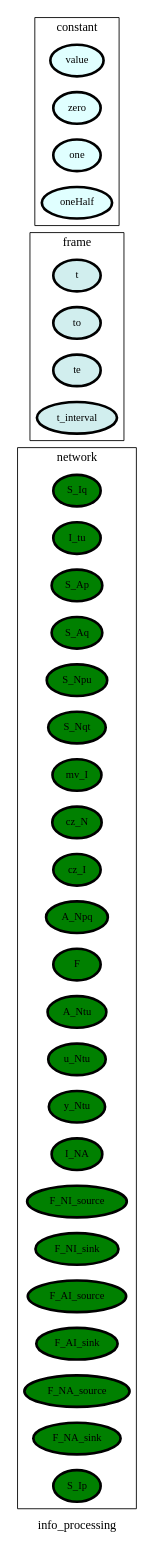
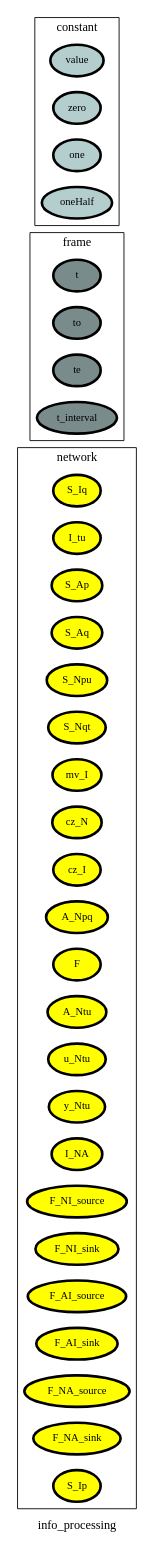
Before and after one commit to heinz-preisig/processes_distributed_no_interface_eqs: the diagram in ontology_graphs/graph__info_processing.dot, drawn with Graphviz. The commit also changed 283 other files, not shown here.

```diff
--- a/ontology_graphs/graph__info_processing.dot
+++ b/ontology_graphs/graph__info_processing.dot
@@ -1,54 +1,54 @@
 digraph info_processing {
 label=info_processing;
 rankdir=LR;
 subgraph cluster_info_processing___network {
 label=network;
 rankdir=LR;
-V_10 [fillcolor=green, fontsize=12, label=S_Iq, penwidth=3, style=filled];
-V_11 [fillcolor=green, fontsize=12, label=I_tu, penwidth=3, style=filled];
-V_12 [fillcolor=green, fontsize=12, label=S_Ap, penwidth=3, style=filled];
-V_13 [fillcolor=green, fontsize=12, label=S_Aq, penwidth=3, style=filled];
-V_14 [fillcolor=green, fontsize=12, label=S_Npu, penwidth=3, style=filled];
-V_15 [fillcolor=green, fontsize=12, label=S_Nqt, penwidth=3, style=filled];
-V_16 [fillcolor=green, fontsize=12, label=mv_I, penwidth=3, style=filled];
-V_17 [fillcolor=green, fontsize=12, label=cz_N, penwidth=3, style=filled];
-V_18 [fillcolor=green, fontsize=12, label=cz_I, penwidth=3, style=filled];
-V_19 [fillcolor=green, fontsize=12, label=A_Npq, penwidth=3, style=filled];
-V_2 [fillcolor=green, fontsize=12, label=F, penwidth=3, style=filled];
-V_20 [fillcolor=green, fontsize=12, label=A_Ntu, penwidth=3, style=filled];
-V_21 [fillcolor=green, fontsize=12, label=u_Ntu, penwidth=3, style=filled];
-V_22 [fillcolor=green, fontsize=12, label=y_Ntu, penwidth=3, style=filled];
-V_27 [fillcolor=green, fontsize=12, label=I_NA, penwidth=3, style=filled];
-V_3 [fillcolor=green, fontsize=12, label=F_NI_source, penwidth=3, style=filled];
-V_4 [fillcolor=green, fontsize=12, label=F_NI_sink, penwidth=3, style=filled];
-V_5 [fillcolor=green, fontsize=12, label=F_AI_source, penwidth=3, style=filled];
-V_6 [fillcolor=green, fontsize=12, label=F_AI_sink, penwidth=3, style=filled];
-V_7 [fillcolor=green, fontsize=12, label=F_NA_source, penwidth=3, style=filled];
-V_8 [fillcolor=green, fontsize=12, label=F_NA_sink, penwidth=3, style=filled];
-V_9 [fillcolor=green, fontsize=12, label=S_Ip, penwidth=3, style=filled];
+V_10 [fillcolor=yellow, fontsize=12, label=S_Iq, penwidth=3, style=filled];
+V_11 [fillcolor=yellow, fontsize=12, label=I_tu, penwidth=3, style=filled];
+V_12 [fillcolor=yellow, fontsize=12, label=S_Ap, penwidth=3, style=filled];
+V_13 [fillcolor=yellow, fontsize=12, label=S_Aq, penwidth=3, style=filled];
+V_14 [fillcolor=yellow, fontsize=12, label=S_Npu, penwidth=3, style=filled];
+V_15 [fillcolor=yellow, fontsize=12, label=S_Nqt, penwidth=3, style=filled];
+V_16 [fillcolor=yellow, fontsize=12, label=mv_I, penwidth=3, style=filled];
+V_17 [fillcolor=yellow, fontsize=12, label=cz_N, penwidth=3, style=filled];
+V_18 [fillcolor=yellow, fontsize=12, label=cz_I, penwidth=3, style=filled];
+V_19 [fillcolor=yellow, fontsize=12, label=A_Npq, penwidth=3, style=filled];
+V_2 [fillcolor=yellow, fontsize=12, label=F, penwidth=3, style=filled];
+V_20 [fillcolor=yellow, fontsize=12, label=A_Ntu, penwidth=3, style=filled];
+V_21 [fillcolor=yellow, fontsize=12, label=u_Ntu, penwidth=3, style=filled];
+V_22 [fillcolor=yellow, fontsize=12, label=y_Ntu, penwidth=3, style=filled];
+V_27 [fillcolor=yellow, fontsize=12, label=I_NA, penwidth=3, style=filled];
+V_3 [fillcolor=yellow, fontsize=12, label=F_NI_source, penwidth=3, style=filled];
+V_4 [fillcolor=yellow, fontsize=12, label=F_NI_sink, penwidth=3, style=filled];
+V_5 [fillcolor=yellow, fontsize=12, label=F_AI_source, penwidth=3, style=filled];
+V_6 [fillcolor=yellow, fontsize=12, label=F_AI_sink, penwidth=3, style=filled];
+V_7 [fillcolor=yellow, fontsize=12, label=F_NA_source, penwidth=3, style=filled];
+V_8 [fillcolor=yellow, fontsize=12, label=F_NA_sink, penwidth=3, style=filled];
+V_9 [fillcolor=yellow, fontsize=12, label=S_Ip, penwidth=3, style=filled];
 }
 
 subgraph cluster_info_processing___frame {
 label=frame;
 rankdir=LR;
-V_1 [fillcolor=lightcyan2, fontsize=12, label=t, penwidth=3, style=filled];
-V_105 [fillcolor=lightcyan2, fontsize=12, label=to, penwidth=3, style=filled];
-V_106 [fillcolor=lightcyan2, fontsize=12, label=te, penwidth=3, style=filled];
-V_107 [fillcolor=lightcyan2, fontsize=12, label=t_interval, penwidth=3, style=filled];
+V_1 [fillcolor=lightcyan4, fontsize=12, label=t, penwidth=3, style=filled];
+V_105 [fillcolor=lightcyan4, fontsize=12, label=to, penwidth=3, style=filled];
+V_106 [fillcolor=lightcyan4, fontsize=12, label=te, penwidth=3, style=filled];
+V_107 [fillcolor=lightcyan4, fontsize=12, label=t_interval, penwidth=3, style=filled];
 }
 
 subgraph cluster_info_processing___state {
 label=state;
 rankdir=LR;
 }
 
 subgraph cluster_info_processing___constant {
 label=constant;
 rankdir=LR;
-V_101 [fillcolor=lightcyan, fontsize=12, label=value, penwidth=3, style=filled];
-V_102 [fillcolor=lightcyan, fontsize=12, label=zero, penwidth=3, style=filled];
-V_103 [fillcolor=lightcyan, fontsize=12, label=one, penwidth=3, style=filled];
-V_104 [fillcolor=lightcyan, fontsize=12, label=oneHalf, penwidth=3, style=filled];
+V_101 [fillcolor=lightcyan3, fontsize=12, label=value, penwidth=3, style=filled];
+V_102 [fillcolor=lightcyan3, fontsize=12, label=zero, penwidth=3, style=filled];
+V_103 [fillcolor=lightcyan3, fontsize=12, label=one, penwidth=3, style=filled];
+V_104 [fillcolor=lightcyan3, fontsize=12, label=oneHalf, penwidth=3, style=filled];
 }
 
 }
```
